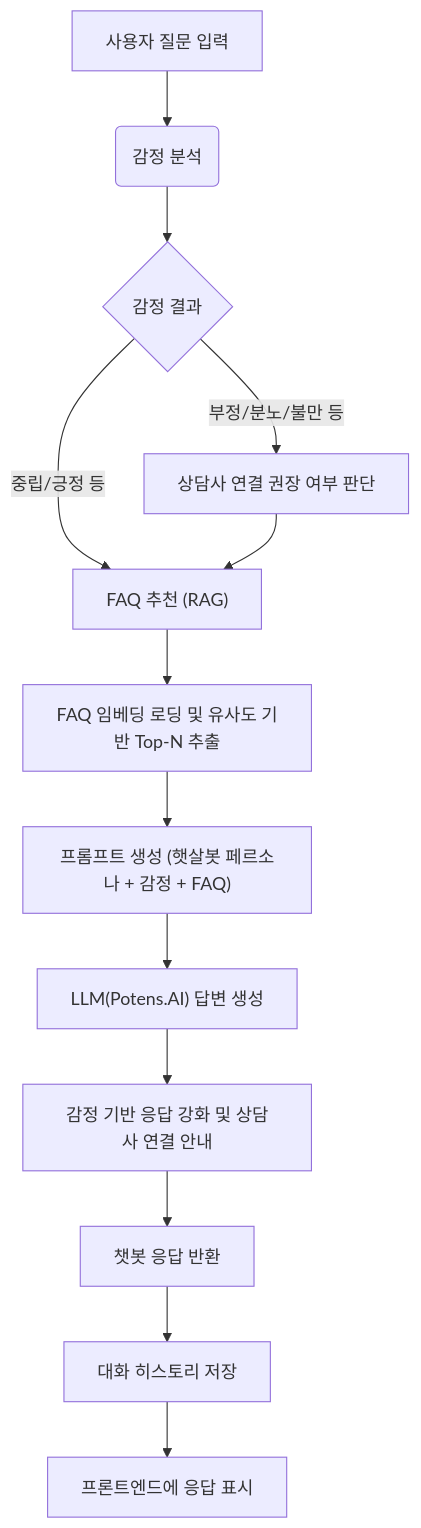
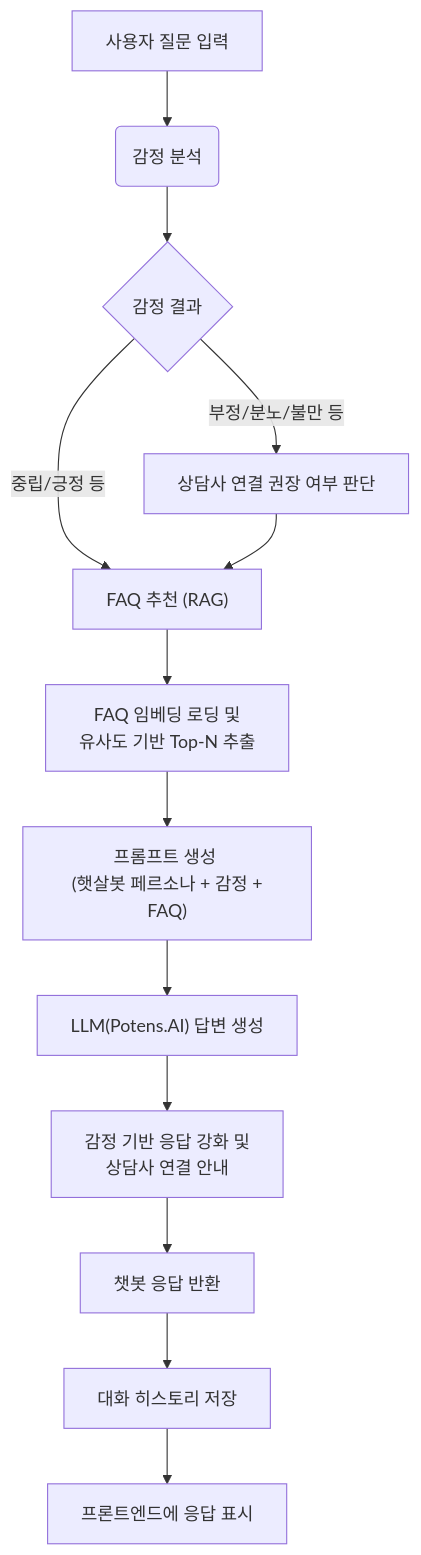
One commit to tearslunar/chatbot changed the diagram in README.md. Above: the diagram before and after it, drawn with Mermaid.

````diff
--- a/README.md
+++ b/README.md
@@ -5,30 +5,30 @@
 ```mermaid
 flowchart TD
     %% 1. 노드(상자)들을 각각 한 줄에 하나씩 정의합니다.
     A[사용자 질문 입력]
     B(감정 분석)
     C{감정 결과}
     D[상담사 연결 권장 여부 판단]
     E["FAQ 추천 (RAG)"]
-    F[FAQ 임베딩 로딩 및 유사도 기반 Top-N 추출]
-    G["프롬프트 생성 (햇살봇 페르소나 + 감정 + FAQ)"]
+    F[FAQ 임베딩 로딩 및 \n 유사도 기반 Top-N 추출]
+    G["프롬프트 생성 \n (햇살봇 페르소나 + 감정 + FAQ)"]
     H["LLM(Potens.AI) 답변 생성"]
-    I[감정 기반 응답 강화 및 상담사 연결 안내]
+    I[감정 기반 응답 강화 및 \n 상담사 연결 안내]
     J[챗봇 응답 반환]
     K[대화 히스토리 저장]
     L[프론트엔드에 응답 표시]
 
     %% 2. 정의된 노드들을 화살표로 연결합니다.
     A --> B
     B --> C
     C -- "부정/분노/불만 등" --> D
     C -- "중립/긍정 등" --> E
     D --> E
     E --> F
     F --> G
     G --> H
     H --> I
     I --> J
     J --> K
     K --> L
 ```
````
